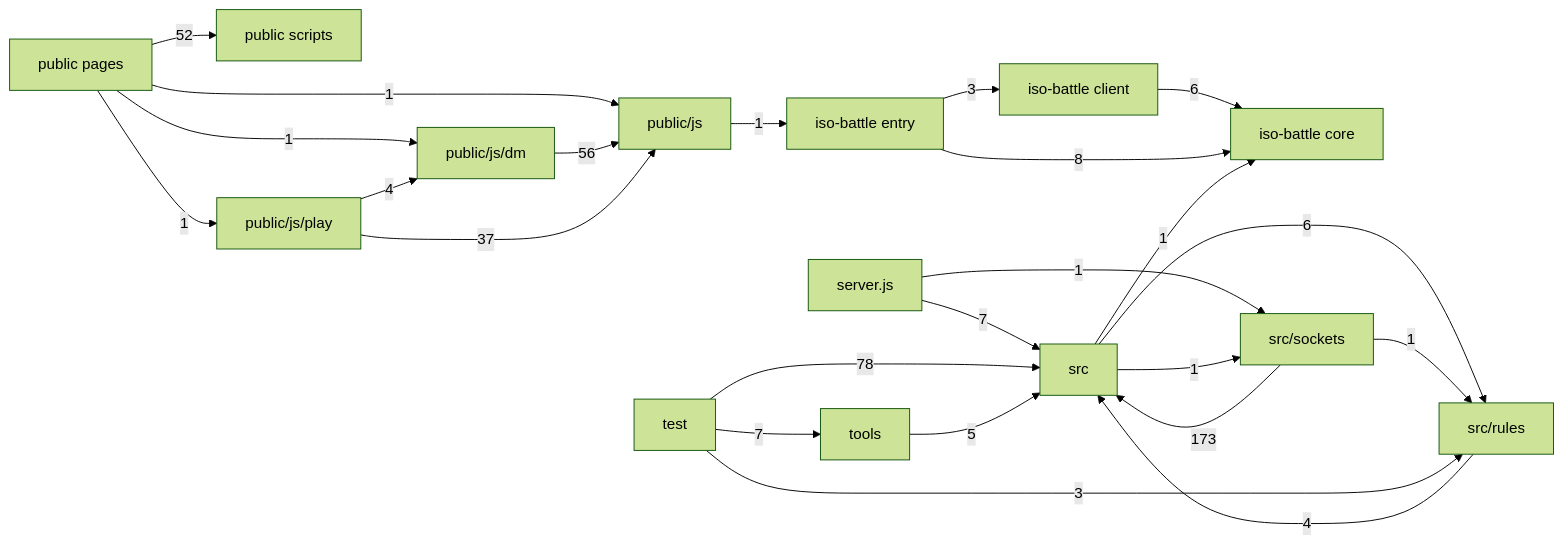
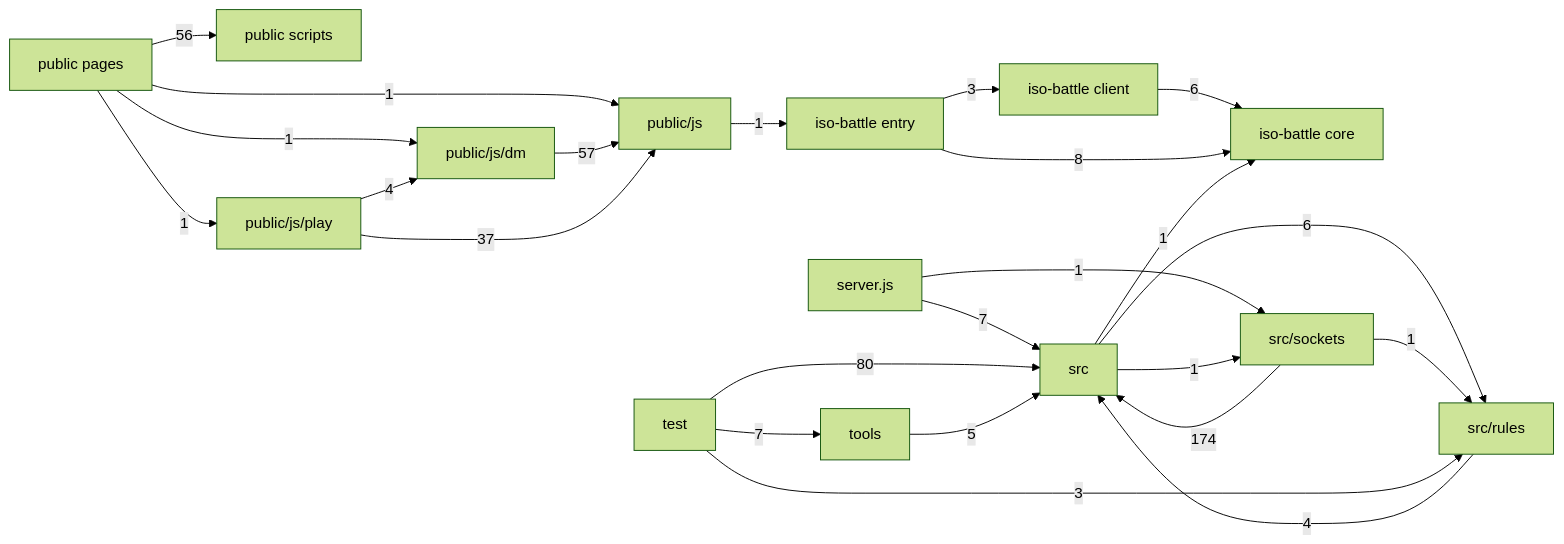
One commit to Greiye/TTRPG-Session-Tool changed the first of 7 diagrams in docs/module-graph.md. Above: the diagram before and after it, drawn with Mermaid (forest theme). The commit also changed other lines of this file and 31 other files, not shown here.

````diff
--- a/docs/module-graph.md
+++ b/docs/module-graph.md
@@ -14,40 +14,40 @@
 ```mermaid
 flowchart LR
   n_a_iso_battle_client["iso-battle client"]
   n_a_iso_battle_core["iso-battle core"]
   n_a_iso_battle_entry["iso-battle entry"]
   n_a_public_pages["public pages"]
   n_a_public_scripts["public scripts"]
   n_a_public_js["public/js"]
   n_a_public_js_dm["public/js/dm"]
   n_a_public_js_play["public/js/play"]
   n_a_server_js["server.js"]
   n_a_src["src"]
   n_a_src_rules["src/rules"]
   n_a_src_sockets["src/sockets"]
   n_a_test["test"]
   n_a_tools["tools"]
   n_a_iso_battle_client -->|6| n_a_iso_battle_core
   n_a_iso_battle_entry -->|3| n_a_iso_battle_client
   n_a_iso_battle_entry -->|8| n_a_iso_battle_core
-  n_a_public_pages -->|52| n_a_public_scripts
+  n_a_public_pages -->|56| n_a_public_scripts
   n_a_public_pages -->|1| n_a_public_js
   n_a_public_pages -->|1| n_a_public_js_dm
   n_a_public_pages -->|1| n_a_public_js_play
   n_a_public_js -->|1| n_a_iso_battle_entry
-  n_a_public_js_dm -->|56| n_a_public_js
+  n_a_public_js_dm -->|57| n_a_public_js
   n_a_public_js_play -->|37| n_a_public_js
   n_a_public_js_play -->|4| n_a_public_js_dm
   n_a_server_js -->|7| n_a_src
   n_a_server_js -->|1| n_a_src_sockets
   n_a_src -->|1| n_a_iso_battle_core
   n_a_src -->|6| n_a_src_rules
   n_a_src -->|1| n_a_src_sockets
   n_a_src_rules -->|4| n_a_src
-  n_a_src_sockets -->|173| n_a_src
+  n_a_src_sockets -->|174| n_a_src
   n_a_src_sockets -->|1| n_a_src_rules
-  n_a_test -->|78| n_a_src
+  n_a_test -->|80| n_a_src
   n_a_test -->|3| n_a_src_rules
   n_a_test -->|7| n_a_tools
   n_a_tools -->|5| n_a_src
 ```
````
